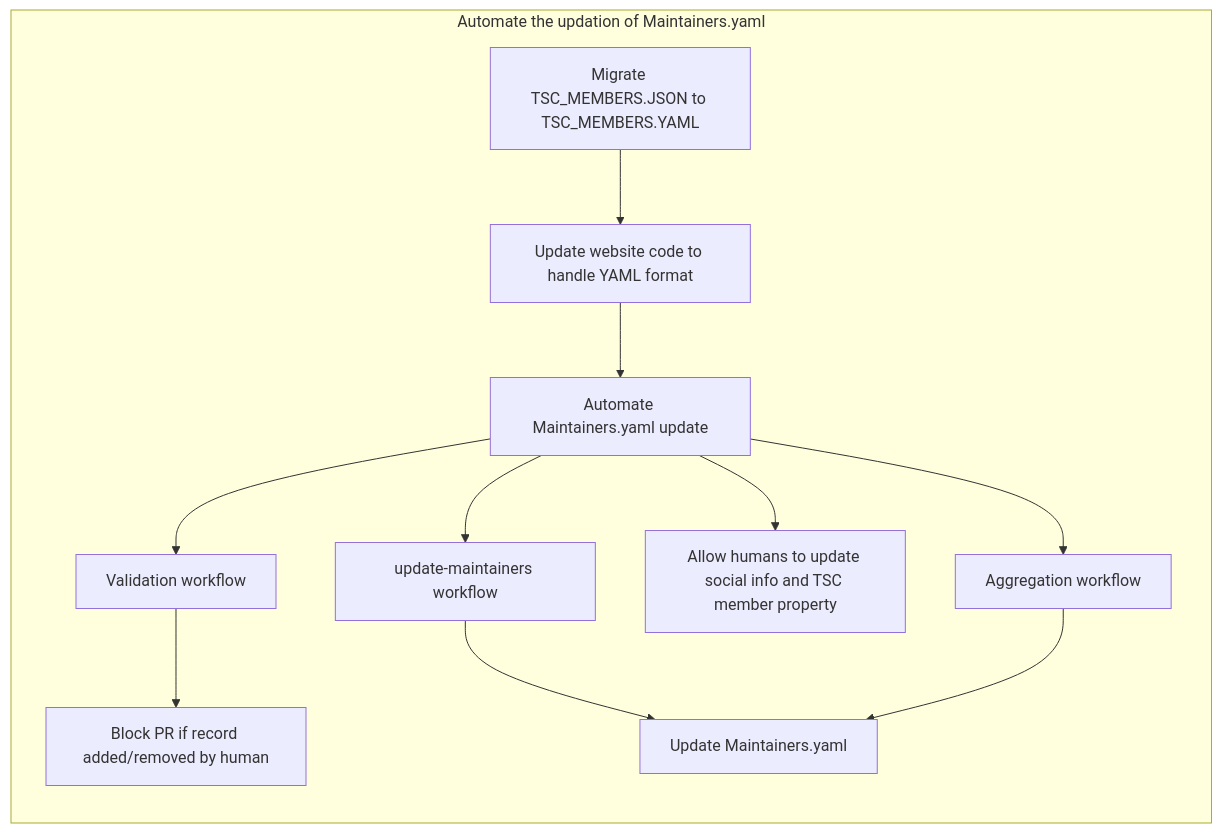
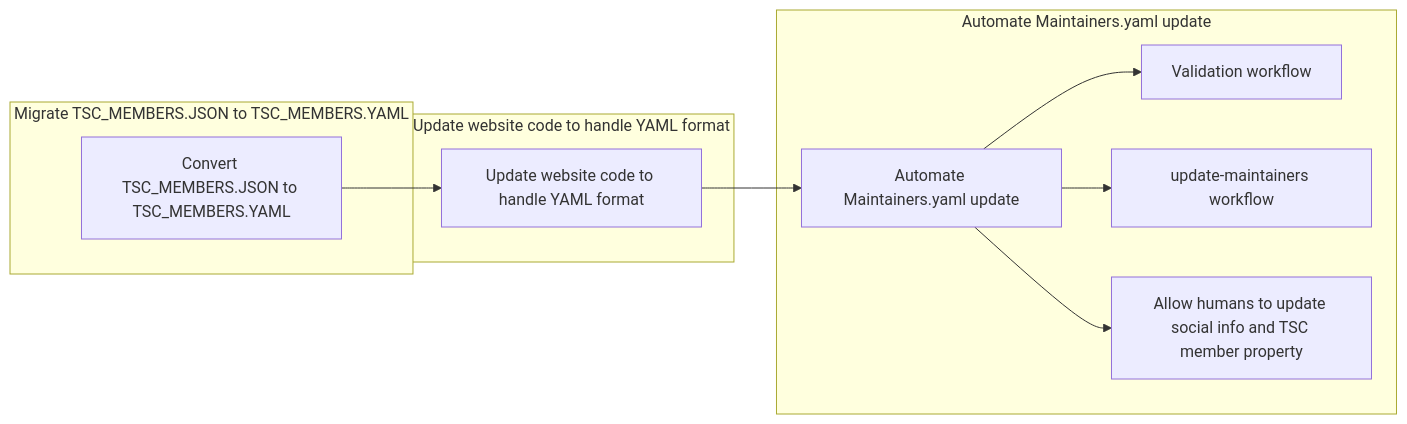
Before and after one commit to asyncapi/community: the first of 12 diagrams in mentorship/summerofcode/2023/workflowautomation/README.md, drawn with Mermaid. The commit also changed other lines of this file, not shown here.

Commit message:
updated first graph

````diff
--- a/mentorship/summerofcode/2023/workflowautomation/README.md
+++ b/mentorship/summerofcode/2023/workflowautomation/README.md
@@ -9,15 +9,24 @@
 ```mermaid
 graph LR;
- subgraph Automate the updation of Maintainers.yaml
 
-    A[Migrate TSC_MEMBERS.JSON to TSC_MEMBERS.YAML] --> B[Update website code to handle YAML format];
-    B --> C[Automate Maintainers.yaml update];
-    C --> D[Validation workflow];
-    C --> E[update-maintainers workflow];
-    C --> F[Allow humans to update social info and TSC member property];
-    C --> G[Aggregation workflow];
-    D --> H[Block PR if record added/removed by human];
-    E --> I[Update Maintainers.yaml];
-    G --> I;
-    end;
+subgraph Migrate TSC_MEMBERS.JSON to TSC_MEMBERS.YAML
+    A[Convert TSC_MEMBERS.JSON to TSC_MEMBERS.YAML]
+end
+
+subgraph Update website code to handle YAML format
+    B[Update website code to handle YAML format]
+end
+
+subgraph Automate Maintainers.yaml update
+    C[Automate Maintainers.yaml update]
+    D[Validation workflow]
+    E[update-maintainers workflow]
+    F[Allow humans to update social info and TSC member property]
+end
+
+A --> B
+B --> C
+C --> D
+C --> E
+C --> F
 ```
````
